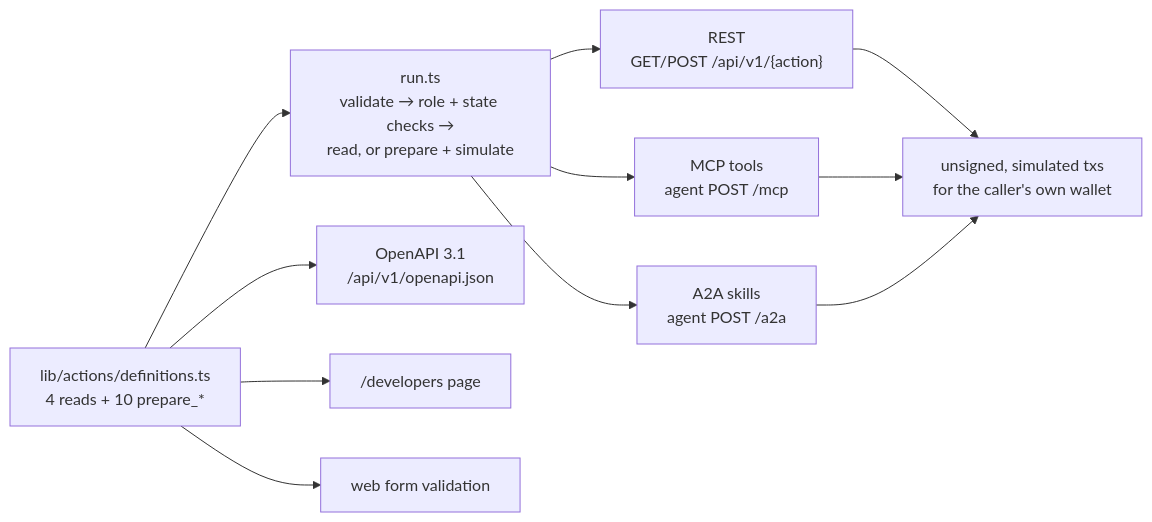
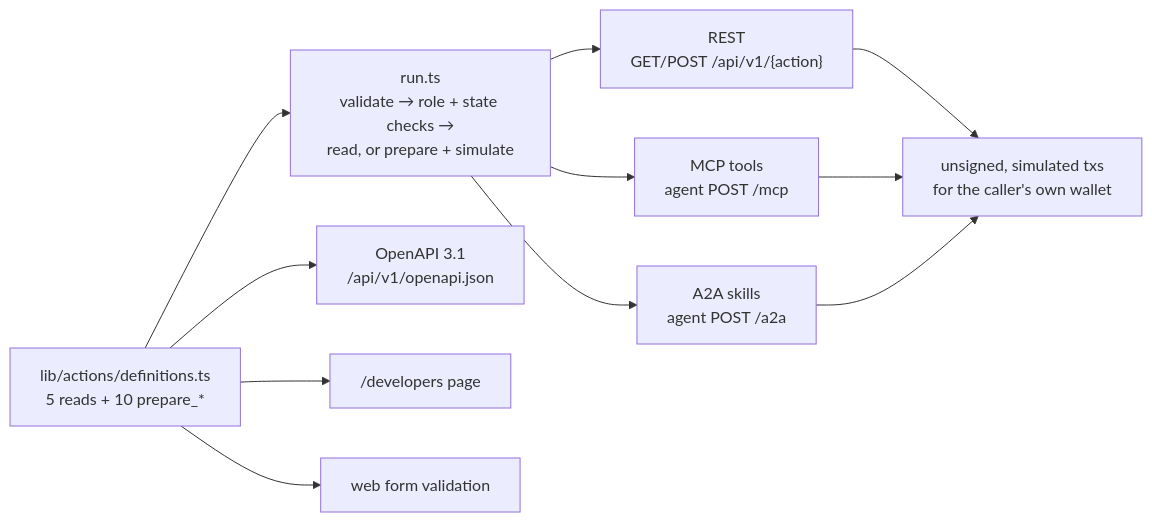
The fifth of 12 diagrams in docs/ARCHITECTURE.md (midego1/bnb-hackathon), drawn with Mermaid before and after one commit. The commit also changed other lines of this file and 13 other files, not shown here.

````diff
--- a/docs/ARCHITECTURE.md
+++ b/docs/ARCHITECTURE.md
@@ -198,11 +198,11 @@
 ```mermaid
 flowchart LR
-    DEF["lib/actions/definitions.ts<br/>4 reads + 10 prepare_*"] --> RUN["run.ts<br/>validate → role + state checks →<br/>read, or prepare + simulate"]
+    DEF["lib/actions/definitions.ts<br/>5 reads + 10 prepare_*"] --> RUN["run.ts<br/>validate → role + state checks →<br/>read, or prepare + simulate"]
     RUN --> REST["REST<br/>GET/POST /api/v1/{action}"]
     DEF --> OAS["OpenAPI 3.1<br/>/api/v1/openapi.json"]
     DEF --> DOCS["/developers page"]
     RUN --> MCP["MCP tools<br/>agent POST /mcp"]
     RUN --> A2A["A2A skills<br/>agent POST /a2a"]
     DEF --> FORM["web form validation"]
     REST & MCP & A2A --> TX["unsigned, simulated txs<br/>for the caller's own wallet"]
 ```
````
